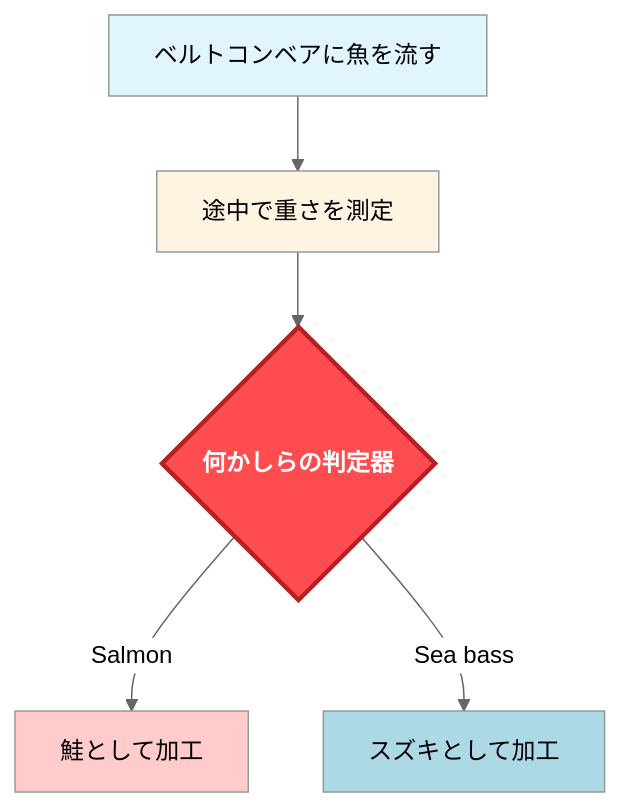
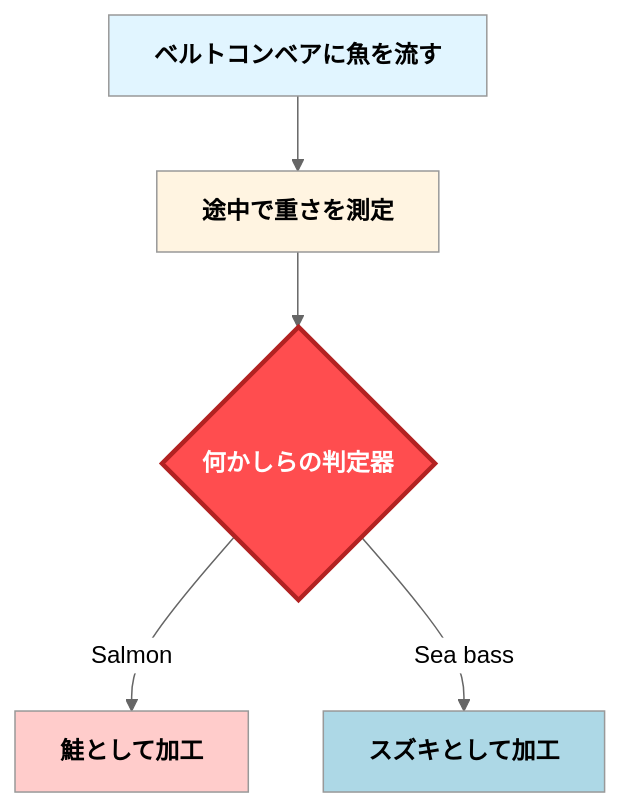
One commit to rkskmt/ai-lectures changed the diagram in classification-basics-1d.qmd. Above: the diagram before and after it, drawn with Mermaid (neutral theme). The commit also changed other lines of this file and 1 other file, not shown here.

````diff
--- a/classification-basics-1d.qmd
+++ b/classification-basics-1d.qmd
@@ -50,23 +50,23 @@
 ```{mermaid}
 %%| fig-width: 90
 %%| fig-height: 320
 flowchart TB
     A[ベルトコンベアに魚を流す]
     B[途中で重さを測定]
     D{何かしらの判定器}
     E[鮭として加工]
     F[スズキとして加工]
 
     A --> B --> D
     D -->|Salmon| E
     D -->|Sea bass| F
 
-    classDef bigText font-size:16px,font-weight:400;
+    classDef bigText font-size:16px,font-weight:700;
     class A,B,D,E,F bigText;
 
     style A fill:#e1f5ff
     style B fill:#fff4e1
     style D fill:#ff4d4f,color:#ffffff,stroke:#b22222,stroke-width:3px,font-weight:700
     style E fill:#ffcccb
     style F fill:#add8e6
 ```
````
